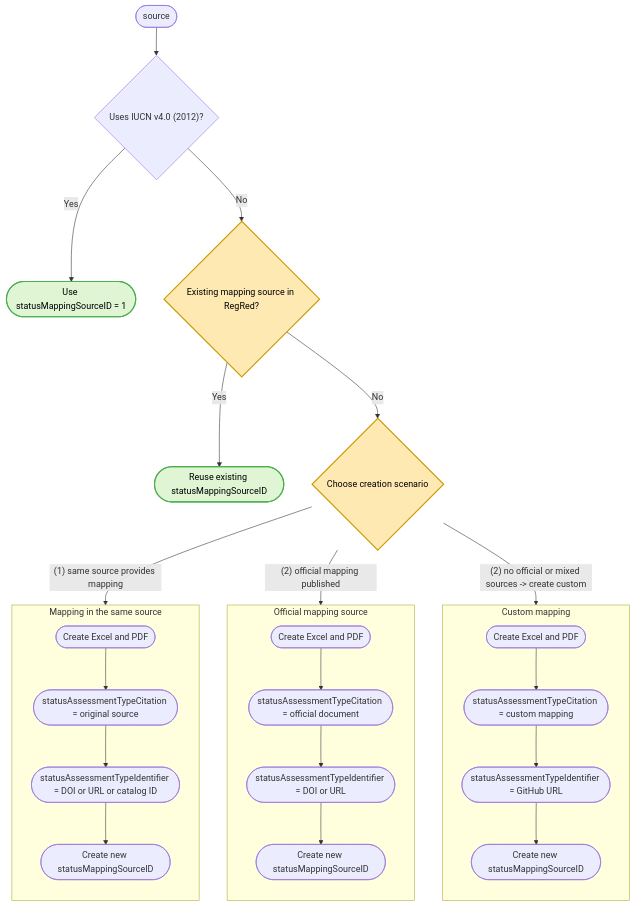
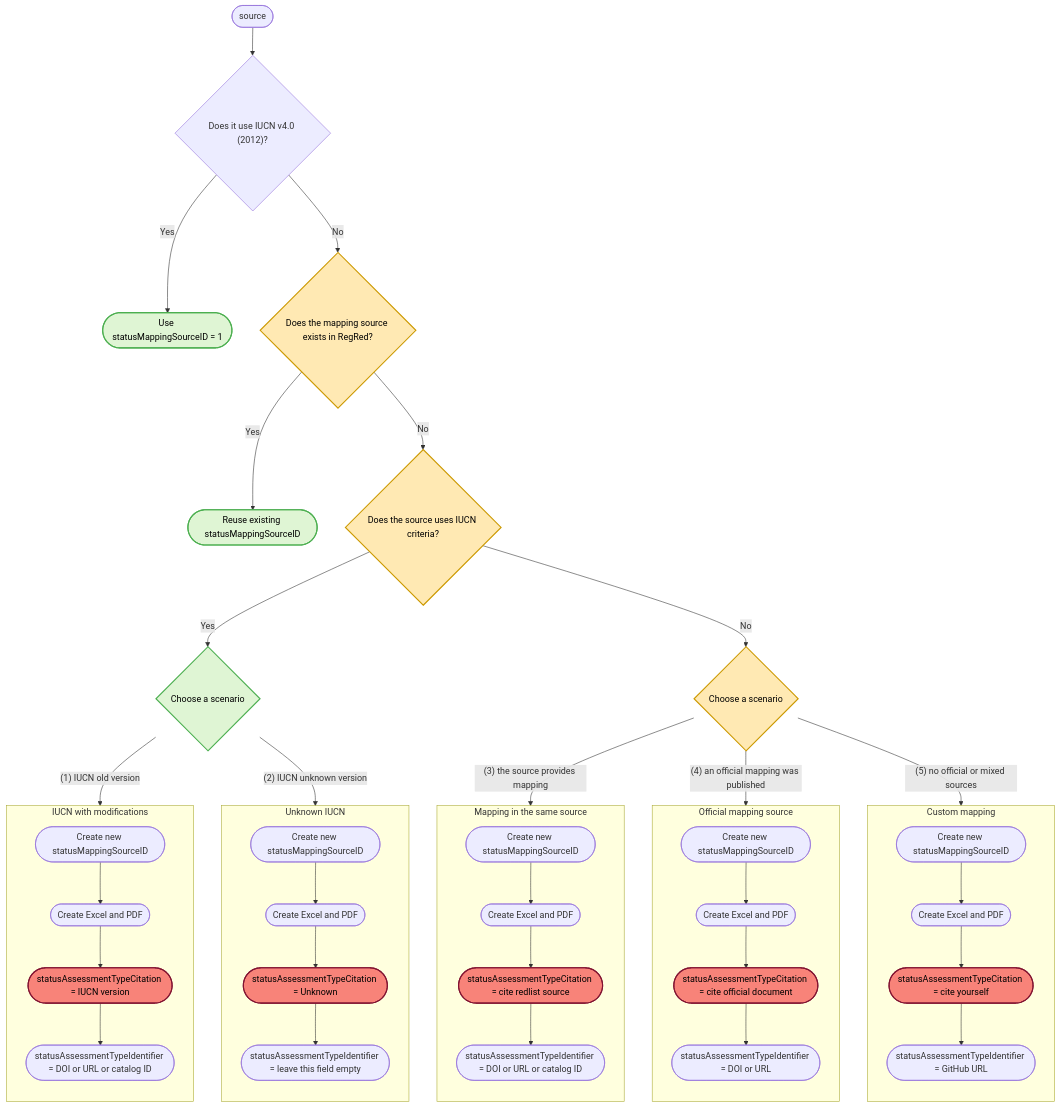
Before and after one commit to RegRed-project/data_extraction_protocol: the diagram in sections/workflows/for_data_extractors/step_2.qmd, drawn with Mermaid. The commit also changed other lines of this file and 7 other files, not shown here.

Commit message:
new mapping sources decision tree

````diff
--- a/sections/workflows/for_data_extractors/step_2.qmd
+++ b/sections/workflows/for_data_extractors/step_2.qmd
@@ -146,53 +146,78 @@
 ```{mermaid}
 flowchart TD
-  Start(["source"]) --> IUCN{"Uses IUCN v4.0 (2012)?"}
+  Start(["source"]) --> IUCN{"Does it use IUCN v4.0 (2012)?"}
   IUCN -- "Yes" --> Use1(["Use statusMappingSourceID = 1"])
+  IUCN -- "No" --> Exists{"Does the mapping source exists in RegRed?"}
+  Exists -- "Yes" --> Reuse(["Reuse existing statusMappingSourceID"])
+  Exists -- "No" --> IsIUCN{"Does the source uses IUCN criteria?"}
+  IsIUCN -- "Yes" --> Choose1{"Choose a scenario"}
+  IsIUCN -- "No" --> Choose2{"Choose a scenario"}
 
-  IUCN -- "No" --> Exists{"Existing mapping source in RegRed?"}
-  Exists -- "Yes" --> Reuse(["Reuse existing statusMappingSourceID"])
-  Exists -- "No" --> Choose{"Choose creation scenario"}
+  %% Scenario D
+  Choose1 -- "(1) IUCN old version" --> D0
+  subgraph D0["IUCN with modifications"]
+    direction TB
+    D1(["Create Excel and PDF"])
+    D2(["statusAssessmentTypeCitation = IUCN version"])
+    D3(["statusAssessmentTypeIdentifier = DOI or URL or catalog ID"])
+    D4(["Create new statusMappingSourceID"])
+    D4 --> D1 --> D2 --> D3
+  end  
+  
+   %% Scenario E
+  Choose1 -- "(2) IUCN unknown version" --> E0
+  subgraph E0["Unknown IUCN"]
+    direction TB
+    E1(["Create Excel and PDF"])
+    E2(["statusAssessmentTypeCitation = Unknown"])
+    E3(["statusAssessmentTypeIdentifier = leave this field empty"])
+    E4(["Create new statusMappingSourceID"])
+    E4 --> E1 --> E2 --> E3
+  end  
 
   %% Scenario A
-  Choose -- "(1) same source provides mapping" --> A0
+  Choose2 -- "(3) the source provides mapping" --> A0
   subgraph A0["Mapping in the same source"]
     direction TB
     A1(["Create Excel and PDF"])
-    A2(["statusAssessmentTypeCitation = original source"])
+    A2(["statusAssessmentTypeCitation = cite redlist source"])
     A3(["statusAssessmentTypeIdentifier = DOI or URL or catalog ID"])
     A4(["Create new statusMappingSourceID"])
-    A1 --> A2 --> A3 --> A4
+    A4 --> A1 --> A2 --> A3
   end
 
   %% Scenario B
-  Choose -- "(2) official mapping published" --> B0
+  Choose2 -- "(4) an official mapping was published" --> B0
   subgraph B0["Official mapping source"]
     direction TB
     B1(["Create Excel and PDF"])
-    B2(["statusAssessmentTypeCitation = official document"])
+    B2(["statusAssessmentTypeCitation = cite official document"])
     B3(["statusAssessmentTypeIdentifier = DOI or URL"])
     B4(["Create new statusMappingSourceID"])
-    B1 --> B2 --> B3 --> B4
+    B4 --> B1 --> B2 --> B3
   end
 
   %% Scenario C
-  Choose -- "(2) no official or mixed sources -> create custom" --> C0
+  Choose2 -- "(5) no official or mixed sources" --> C0
   subgraph C0["Custom mapping"]
     direction TB
     C1(["Create Excel and PDF"])
-    C2(["statusAssessmentTypeCitation = custom mapping"])
+    C2(["statusAssessmentTypeCitation = cite yourself"])
     C3(["statusAssessmentTypeIdentifier = GitHub URL"])
     C4(["Create new statusMappingSourceID"])
-    C1 --> C2 --> C3 --> C4
+    C4 --> C1 --> C2 --> C3
   end
   
   %% --- CUSTOM COLORS ---  
   %% Define a class for decision nodes (Exists + Choose)  
   classDef decision_no fill:#FFE9B3,stroke:#CC9900,stroke-width:2px,color:#000;  
   classDef decision_yes fill:#DFF5D4,stroke:#4CAF50,stroke-width:2px,color:#000; 
+  classDef citation fill:#F88379,stroke:#811331,stroke-width:2px,color:#000; 
   classDef boxes fill:#f2f3f5,stroke:#363636,stroke-width:0.5px,color:#000; 
   
   %% Apply the class to the nodes  
-  class Exists,Choose decision_no;
-  class Use1,Reuse decision_yes;
+  class IsIUCN,Exists,Choose2 decision_no;
+  class Use1,Reuse,Choose1 decision_yes;
+  class A2,B2,C2,D2,E2 citation;
   %%class A0,A1,A2,A3,A4,B0,B1,B2,B3,B4,C0,C1,C2,C3,C4 boxes;
 ```
````
